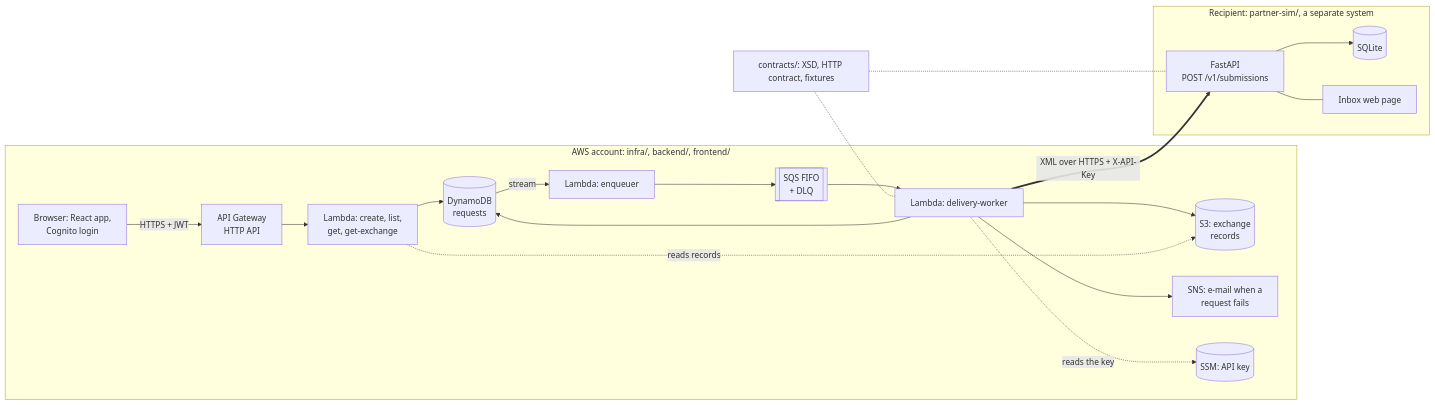
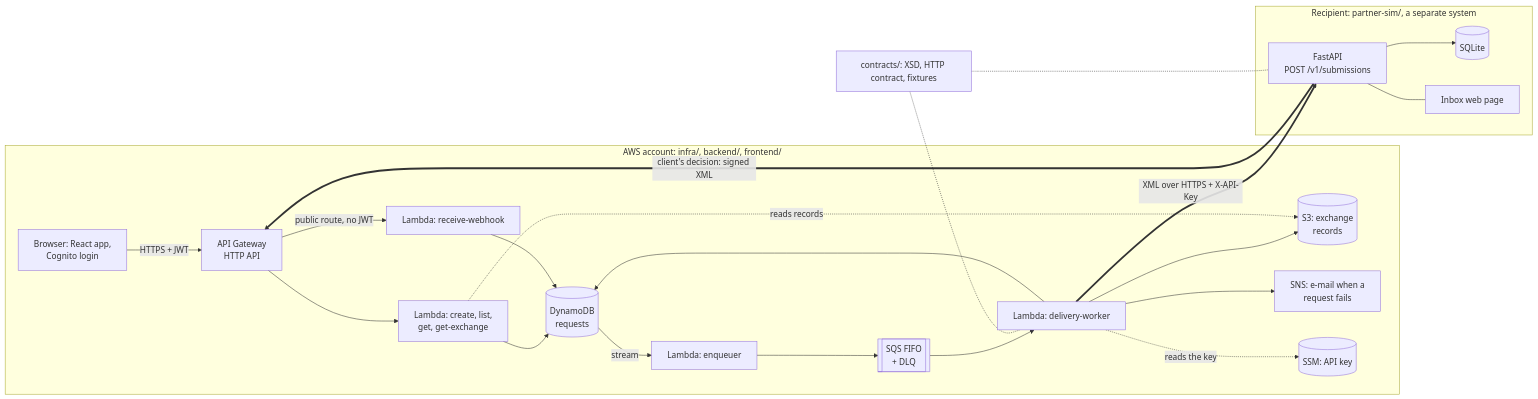
One commit to Shlykoff/aws-starter changed the first of 2 diagrams in README.md. Above: the diagram before and after it, drawn with Mermaid. The commit also changed other lines of this file and 70 other files, not shown here.

````diff
--- a/README.md
+++ b/README.md
@@ -17,24 +17,27 @@
 ```mermaid
 flowchart LR
   subgraph AWS["AWS account: infra/, backend/, frontend/"]
     B["Browser: React app,<br/>Cognito login"] -->|"HTTPS + JWT"| API["API Gateway<br/>HTTP API"]
     API --> F["Lambda: create, list,<br/>get, get-exchange"]
     F --> T[("DynamoDB<br/>requests")]
     T -->|"stream"| E["Lambda: enqueuer"]
     E --> Q[["SQS FIFO<br/>+ DLQ"]]
     Q --> W["Lambda: delivery-worker"]
     W --> T
     W --> S[("S3: exchange<br/>records")]
     W --> N["SNS: e-mail when a<br/>request fails"]
     W -.->|"reads the key"| K[("SSM: API key")]
     F -.->|"reads records"| S
+    API -->|"public route, no JWT"| H["Lambda: receive-webhook"]
+    H --> T
   end
   subgraph REC["Recipient: partner-sim/, a separate system"]
     P["FastAPI<br/>POST /v1/submissions"] --> D[("SQLite")]
     P --- I["Inbox web page"]
   end
   W ==>|"XML over HTTPS + X-API-Key"| P
+  P ==>|"client's decision: signed XML"| API
   C["contracts/: XSD, HTTP contract, fixtures"]
   C -.- W
   C -.- P
 ```
````
